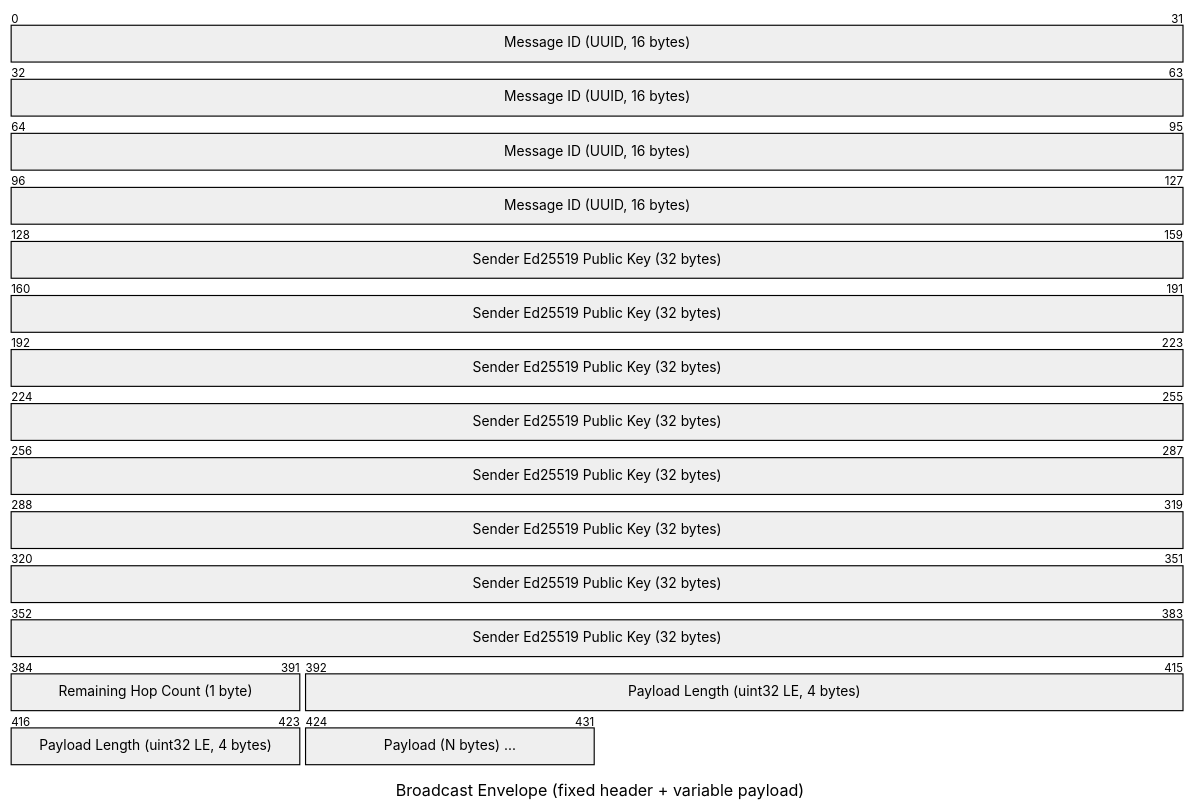
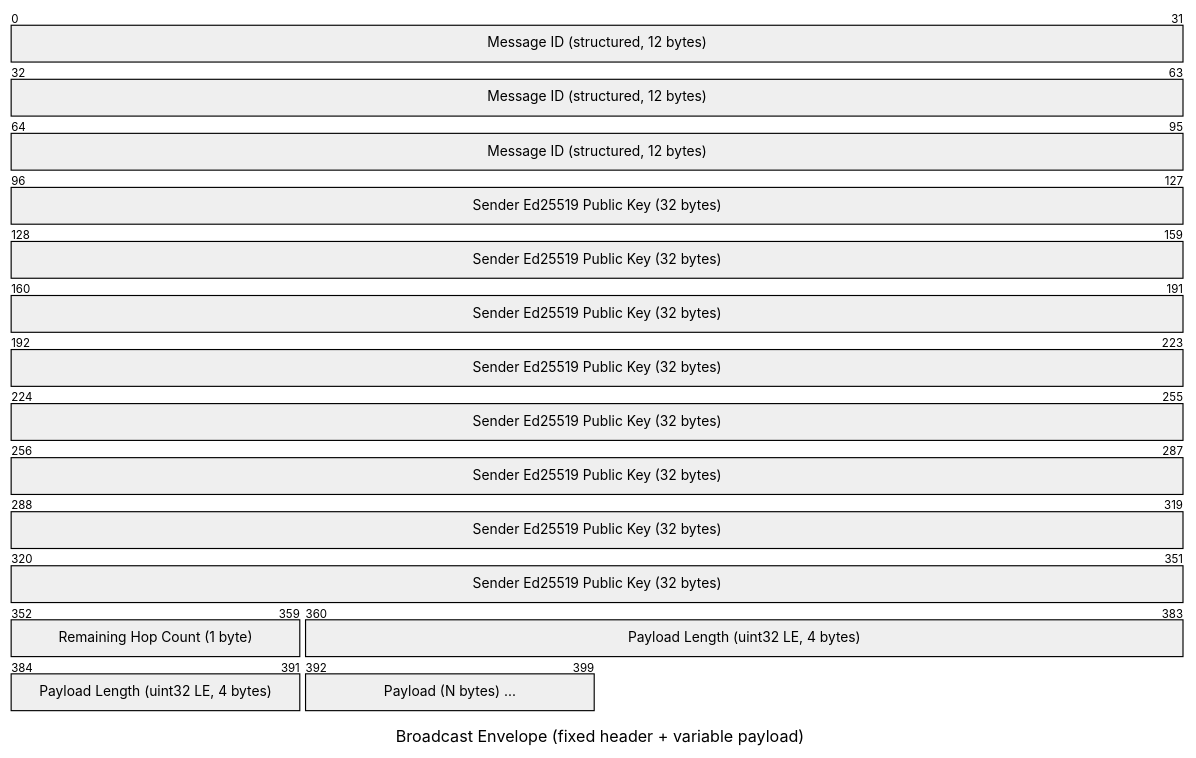
One commit to trancee/MeshLink changed the fourth of 14 diagrams in docs/diagrams.md. Above: the diagram before and after it, drawn with Mermaid. The commit also changed other lines of this file and 4 other files, not shown here.

````diff
--- a/docs/diagrams.md
+++ b/docs/diagrams.md
@@ -107,11 +107,11 @@
 ```mermaid
 ---
 title: "Broadcast Envelope (fixed header + variable payload)"
 ---
 packet
-    0-127: "Message ID (UUID, 16 bytes)"
-    128-383: "Sender Ed25519 Public Key (32 bytes)"
-    384-391: "Remaining Hop Count (1 byte)"
-    392-423: "Payload Length (uint32 LE, 4 bytes)"
-    424-431: "Payload (N bytes) ..."
+    0-95: "Message ID (structured, 12 bytes)"
+    96-351: "Sender Ed25519 Public Key (32 bytes)"
+    352-359: "Remaining Hop Count (1 byte)"
+    360-391: "Payload Length (uint32 LE, 4 bytes)"
+    392-399: "Payload (N bytes) ..."
 ```
````
